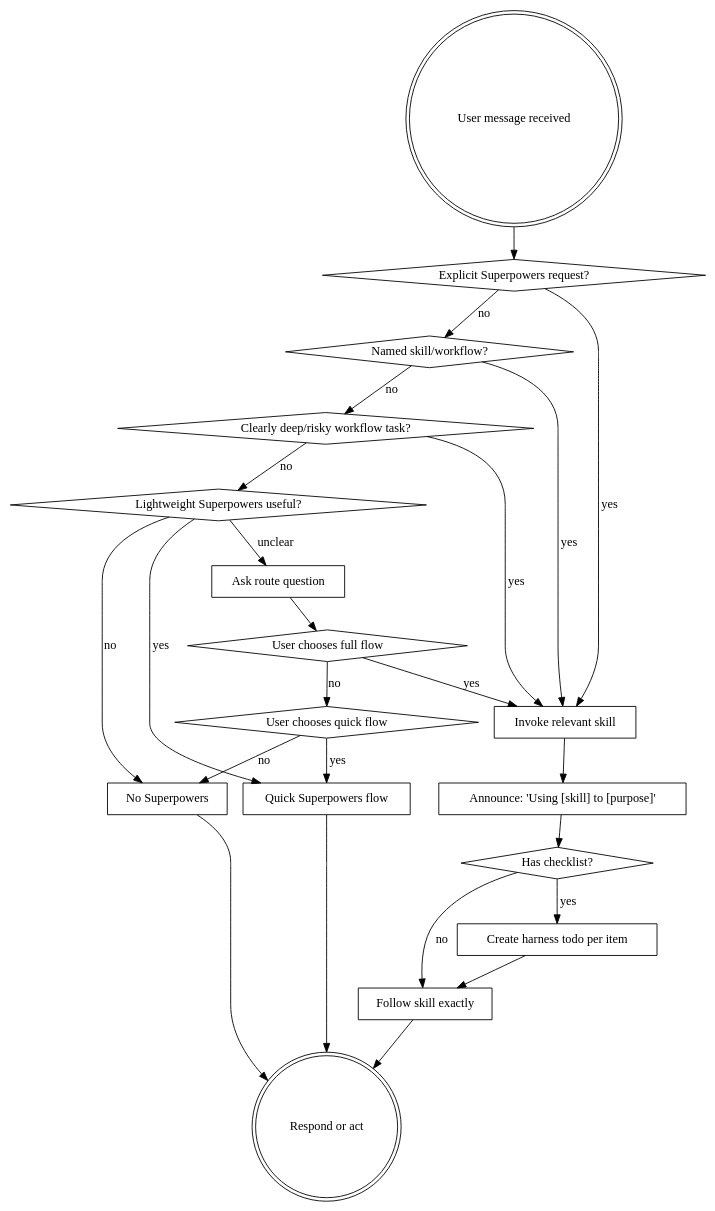
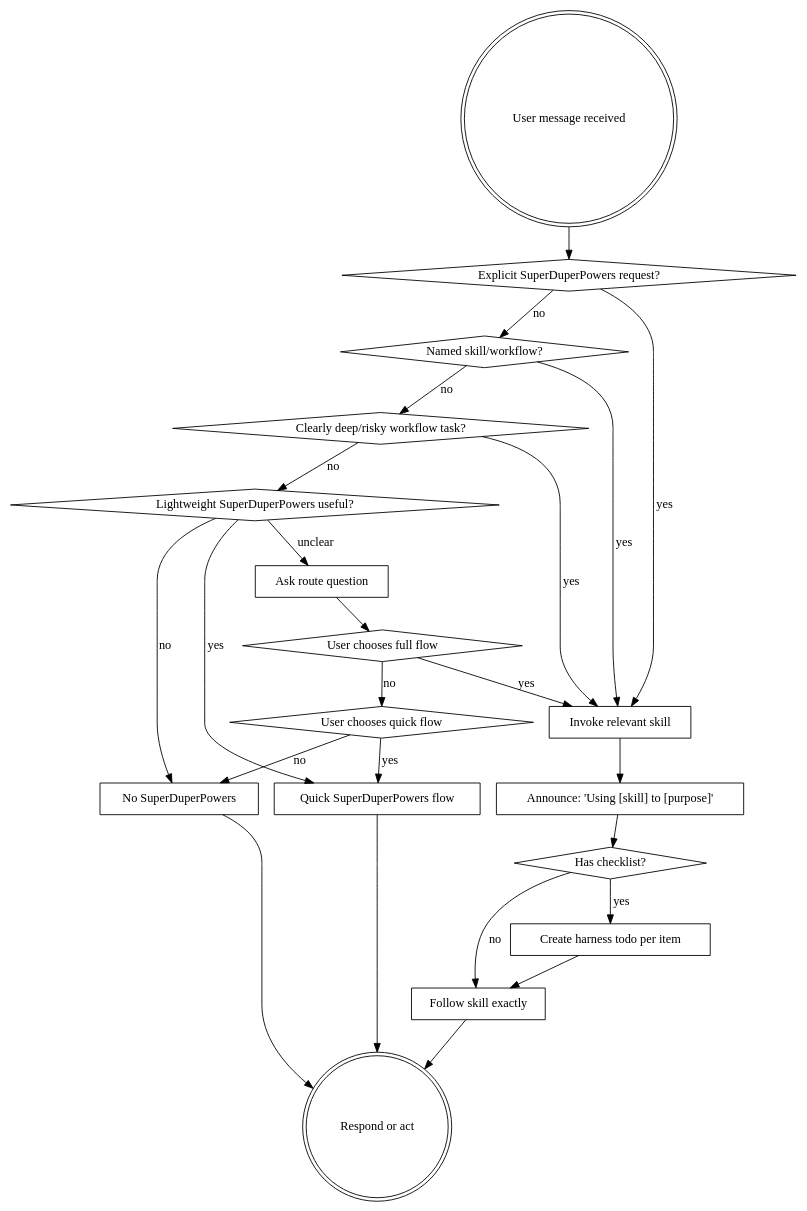
One commit to notchrisbutler/superpowers-custom changed the diagram in skills/using-superpowers/SKILL.md. Above: the diagram before and after it, drawn with Graphviz. The commit also changed other lines of this file and 50 other files, not shown here.

````diff
--- a/skills/using-superpowers/SKILL.md
+++ b/skills/using-superpowers/SKILL.md
@@ -52,44 +70,44 @@
 ```dot
 digraph skill_flow {
     "User message received" [shape=doublecircle];
-    "Explicit Superpowers request?" [shape=diamond];
+    "Explicit SuperDuperPowers request?" [shape=diamond];
     "Named skill/workflow?" [shape=diamond];
     "Clearly deep/risky workflow task?" [shape=diamond];
-    "Lightweight Superpowers useful?" [shape=diamond];
+    "Lightweight SuperDuperPowers useful?" [shape=diamond];
     "Invoke relevant skill" [shape=box];
     "Announce: 'Using [skill] to [purpose]'" [shape=box];
     "Has checklist?" [shape=diamond];
     "Create harness todo per item" [shape=box];
     "Follow skill exactly" [shape=box];
-    "Quick Superpowers flow" [shape=box];
-    "No Superpowers" [shape=box];
+    "Quick SuperDuperPowers flow" [shape=box];
+    "No SuperDuperPowers" [shape=box];
     "Ask route question" [shape=box];
     "User chooses full flow" [shape=diamond];
     "User chooses quick flow" [shape=diamond];
     "Respond or act" [shape=doublecircle];
 
-    "User message received" -> "Explicit Superpowers request?";
-    "Explicit Superpowers request?" -> "Invoke relevant skill" [label="yes"];
-    "Explicit Superpowers request?" -> "Named skill/workflow?" [label="no"];
+    "User message received" -> "Explicit SuperDuperPowers request?";
+    "Explicit SuperDuperPowers request?" -> "Invoke relevant skill" [label="yes"];
+    "Explicit SuperDuperPowers request?" -> "Named skill/workflow?" [label="no"];
     "Named skill/workflow?" -> "Invoke relevant skill" [label="yes"];
     "Named skill/workflow?" -> "Clearly deep/risky workflow task?" [label="no"];
     "Clearly deep/risky workflow task?" -> "Invoke relevant skill" [label="yes"];
-    "Clearly deep/risky workflow task?" -> "Lightweight Superpowers useful?" [label="no"];
-    "Lightweight Superpowers useful?" -> "Quick Superpowers flow" [label="yes"];
-    "Lightweight Superpowers useful?" -> "No Superpowers" [label="no"];
-    "Lightweight Superpowers useful?" -> "Ask route question" [label="unclear"];
+    "Clearly deep/risky workflow task?" -> "Lightweight SuperDuperPowers useful?" [label="no"];
+    "Lightweight SuperDuperPowers useful?" -> "Quick SuperDuperPowers flow" [label="yes"];
+    "Lightweight SuperDuperPowers useful?" -> "No SuperDuperPowers" [label="no"];
+    "Lightweight SuperDuperPowers useful?" -> "Ask route question" [label="unclear"];
     "Invoke relevant skill" -> "Announce: 'Using [skill] to [purpose]'";
     "Announce: 'Using [skill] to [purpose]'" -> "Has checklist?";
     "Has checklist?" -> "Create harness todo per item" [label="yes"];
     "Has checklist?" -> "Follow skill exactly" [label="no"];
     "Create harness todo per item" -> "Follow skill exactly";
     "Follow skill exactly" -> "Respond or act";
-    "Quick Superpowers flow" -> "Respond or act";
-    "No Superpowers" -> "Respond or act";
+    "Quick SuperDuperPowers flow" -> "Respond or act";
+    "No SuperDuperPowers" -> "Respond or act";
     "Ask route question" -> "User chooses full flow";
     "User chooses full flow" -> "Invoke relevant skill" [label="yes"];
     "User chooses full flow" -> "User chooses quick flow" [label="no"];
-    "User chooses quick flow" -> "Quick Superpowers flow" [label="yes"];
-    "User chooses quick flow" -> "No Superpowers" [label="no"];
+    "User chooses quick flow" -> "Quick SuperDuperPowers flow" [label="yes"];
+    "User chooses quick flow" -> "No SuperDuperPowers" [label="no"];
 }
 ```
````
